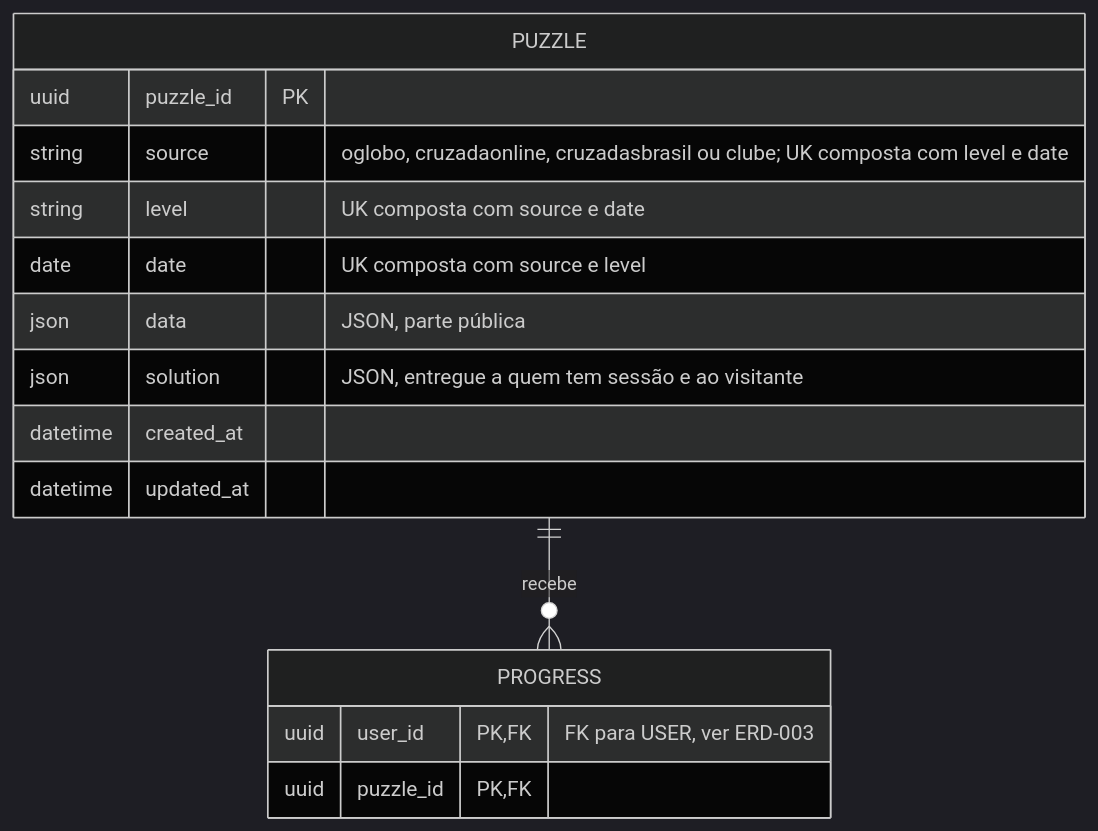
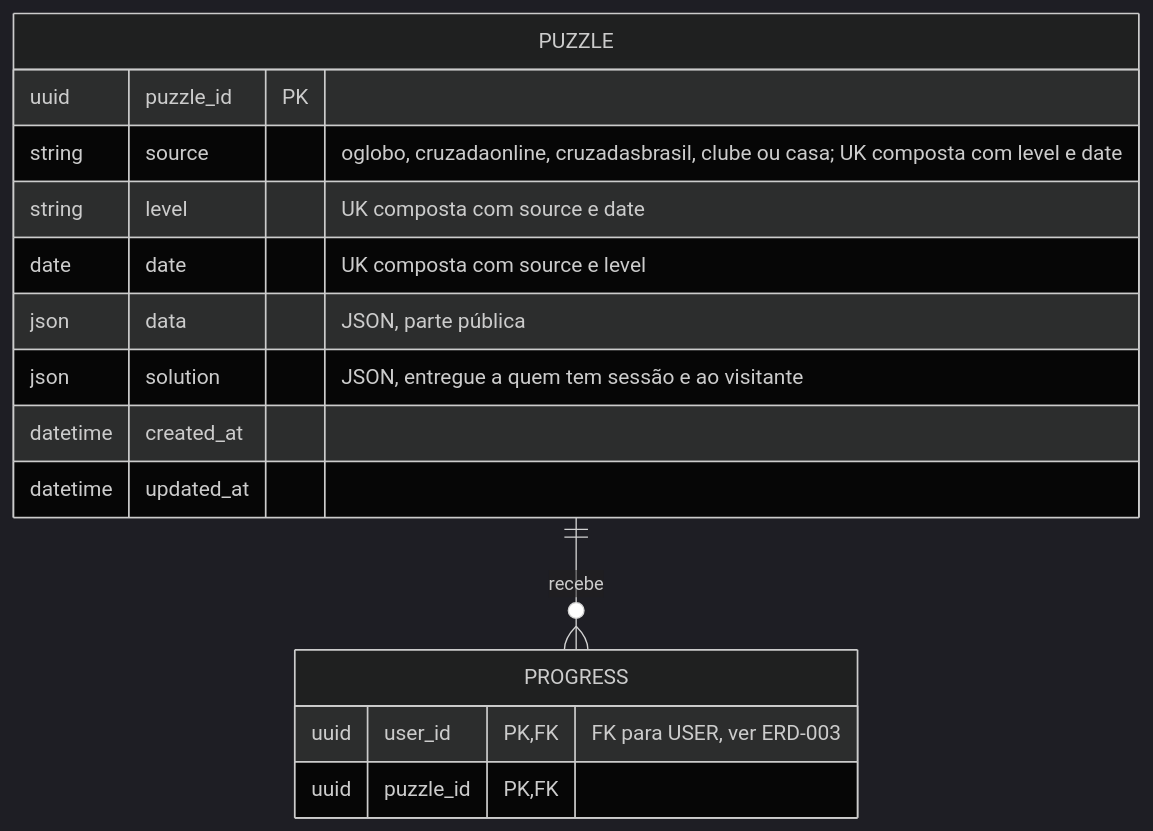
Before and after one commit to BrunoYTanaka/cruzadinha: the diagram in docs/entity-relationship-diagrams/ERD-002-coleta-puzzles.md, drawn with Mermaid (dark theme). The commit also changed 87 other files, not shown here.

First line of the commit message:
feat: add the generated daily crossword source casa

````diff
--- a/docs/entity-relationship-diagrams/ERD-002-coleta-puzzles.md
+++ b/docs/entity-relationship-diagrams/ERD-002-coleta-puzzles.md
@@ -1,20 +1,20 @@
 ```mermaid
 erDiagram
     PUZZLE {
         uuid puzzle_id PK
-        string source "oglobo, cruzadaonline, cruzadasbrasil ou clube; UK composta com level e date"
+        string source "oglobo, cruzadaonline, cruzadasbrasil, clube ou casa; UK composta com level e date"
         string level "UK composta com source e date"
         date date "UK composta com source e level"
         json data "JSON, parte pública"
         json solution "JSON, entregue a quem tem sessão e ao visitante"
         datetime created_at
         datetime updated_at
     }
 
     PROGRESS {
         uuid user_id PK, FK "FK para USER, ver ERD-003"
         uuid puzzle_id PK, FK
     }
 
     PUZZLE ||--o{ PROGRESS : "recebe"
 ```
````
